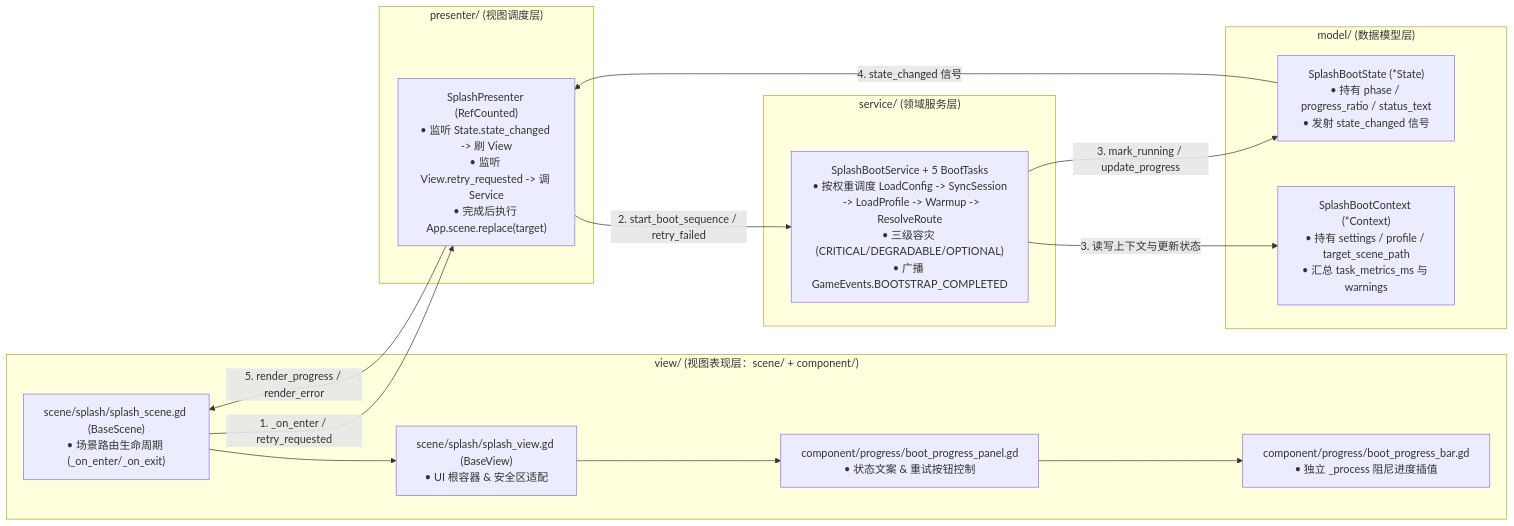
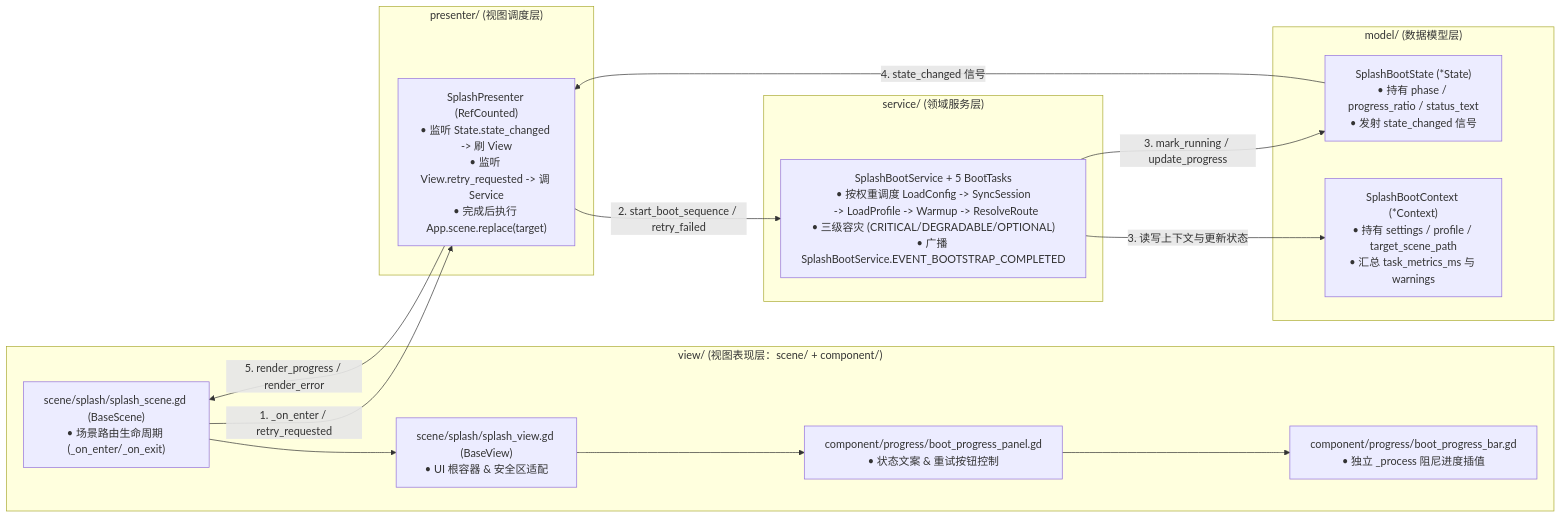
The diagram in src/game/features/splash/_doc_splash.md (krace-tx/slacker-survivors), drawn with Mermaid before and after one commit. The commit also changed 88 other files, not shown here.

Commit message:
feat: initialize framework architecture, network, storage modules, and display test scenes

````diff
--- a/src/game/features/splash/_doc_splash.md
+++ b/src/game/features/splash/_doc_splash.md
@@ -48,30 +48,30 @@
 ```mermaid
 flowchart LR
     subgraph View ["view/ (视图表现层：scene/ + component/)"]
         SplashScene["scene/splash/splash_scene.gd (BaseScene)<br>• 场景路由生命周期 (_on_enter/_on_exit)"]
         SplashView["scene/splash/splash_view.gd (BaseView)<br>• UI 根容器 & 安全区适配"]
         BootPanel["component/progress/boot_progress_panel.gd<br>• 状态文案 & 重试按钮控制"]
         BootBar["component/progress/boot_progress_bar.gd<br>• 独立 _process 阻尼进度插值"]
         SplashScene --> SplashView --> BootPanel --> BootBar
     end
 
     subgraph Presenter ["presenter/ (视图调度层)"]
         SplashPresenter["SplashPresenter (RefCounted)<br>• 监听 State.state_changed -> 刷 View<br>• 监听 View.retry_requested -> 调 Service<br>• 完成后执行 App.scene.replace(target)"]
     end
 
     subgraph Service ["service/ (领域服务层)"]
-        SplashBootService["SplashBootService + 5 BootTasks<br>• 按权重调度 LoadConfig -> SyncSession<br>  -> LoadProfile -> Warmup -> ResolveRoute<br>• 三级容灾 (CRITICAL/DEGRADABLE/OPTIONAL)<br>• 广播 GameEvents.BOOTSTRAP_COMPLETED"]
+        SplashBootService["SplashBootService + 5 BootTasks<br>• 按权重调度 LoadConfig -> SyncSession<br>  -> LoadProfile -> Warmup -> ResolveRoute<br>• 三级容灾 (CRITICAL/DEGRADABLE/OPTIONAL)<br>• 广播 SplashBootService.EVENT_BOOTSTRAP_COMPLETED"]
     end
 
     subgraph Model ["model/ (数据模型层)"]
         SplashBootState["SplashBootState (*State)<br>• 持有 phase / progress_ratio / status_text<br>• 发射 state_changed 信号"]
         SplashBootContext["SplashBootContext (*Context)<br>• 持有 settings / profile / target_scene_path<br>• 汇总 task_metrics_ms 与 warnings"]
     end
 
     SplashScene --"1. _on_enter / retry_requested"--> SplashPresenter
     SplashPresenter --"2. start_boot_sequence / retry_failed"--> SplashBootService
     SplashBootService --"3. 读写上下文与更新状态"--> SplashBootContext
     SplashBootService --"3. mark_running / update_progress"--> SplashBootState
     SplashBootState --"4. state_changed 信号"--> SplashPresenter
     SplashPresenter --"5. render_progress / render_error"--> SplashScene
 ```
````
